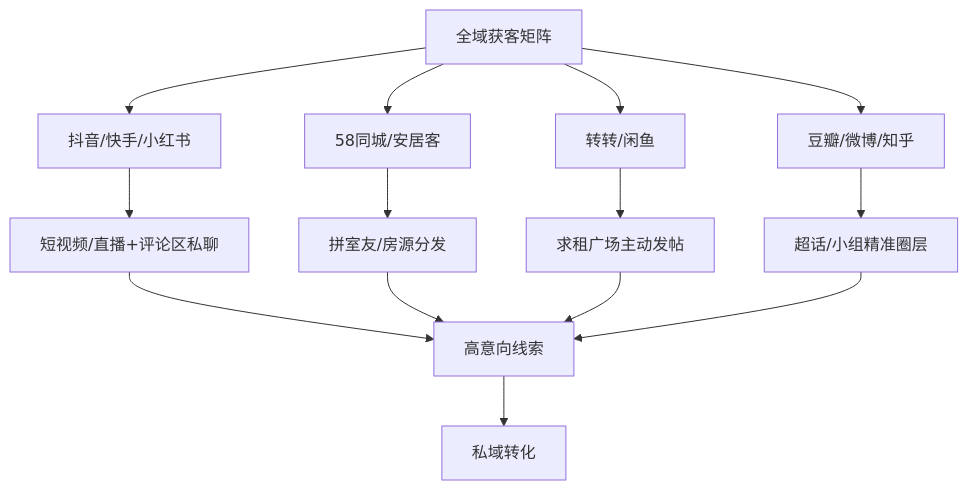
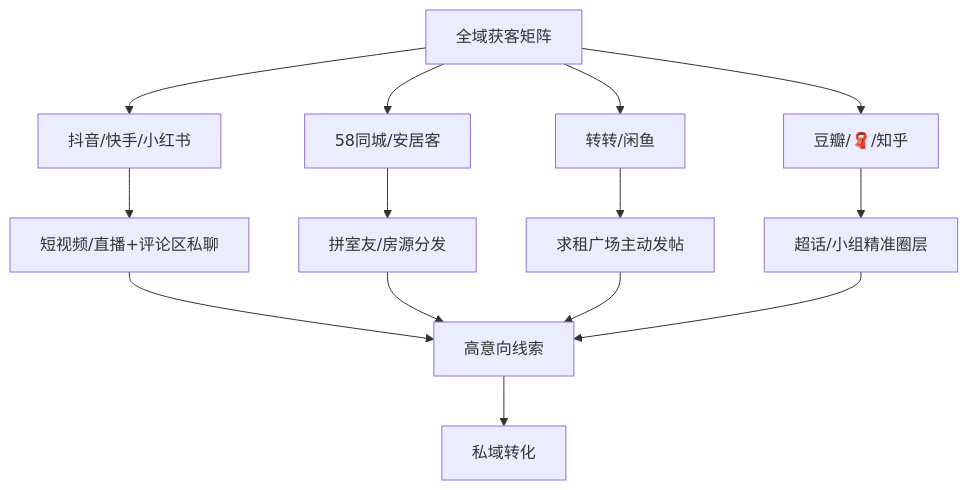
One commit to OpenDocCN1/flygon-zhuanqian-zhoubao changed the sixth of 7 diagrams in docs/202301-02_paper2textbook/asset/body_fix_a471047e7e600b8a04407759ca320be3_628d598d06fe6d6ee390c0ea269d9270_f4b823700d51be33ebde0d295b3cafda_46e169620beb8008a3e3693afdd5f322.md. Above: the diagram before and after it, drawn with Mermaid. The commit also changed other lines of this file and 6688 other files, not shown here.

````diff
--- a/docs/202301-02_paper2textbook/asset/body_fix_a471047e7e600b8a04407759ca320be3_628d598d06fe6d6ee390c0ea269d9270_f4b823700d51be33ebde0d295b3cafda_46e169620beb8008a3e3693afdd5f322.md
+++ b/docs/202301-02_paper2textbook/asset/body_fix_a471047e7e600b8a04407759ca320be3_628d598d06fe6d6ee390c0ea269d9270_f4b823700d51be33ebde0d295b3cafda_46e169620beb8008a3e3693afdd5f322.md
@@ -494,16 +494,16 @@
 ```mermaid
 graph TD
     A[全域获客矩阵] --> B[抖音/快手/小红书]
     A --> C[58同城/安居客]
     A --> D[转转/闲鱼]
-    A --> E[豆瓣/微博/知乎]
+    A --> E[豆瓣/🧣/知乎]
     B --> F[短视频/直播+评论区私聊]
     C --> G[拼室友/房源分发]
     D --> H[求租广场主动发帖]
     E --> I[超话/小组精准圈层]
     F --> J[高意向线索]
     G --> J
     H --> J
     I --> J
     J --> K[私域转化]
 ```
````
